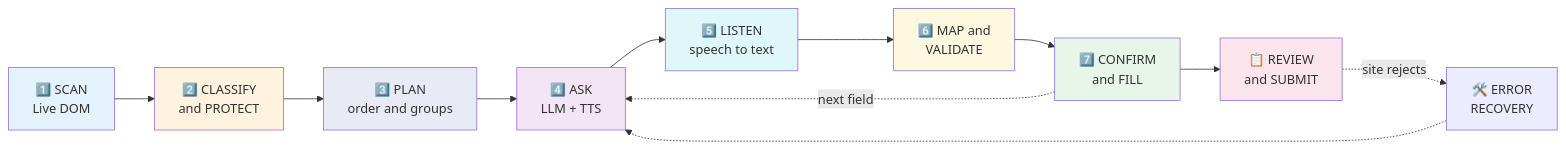
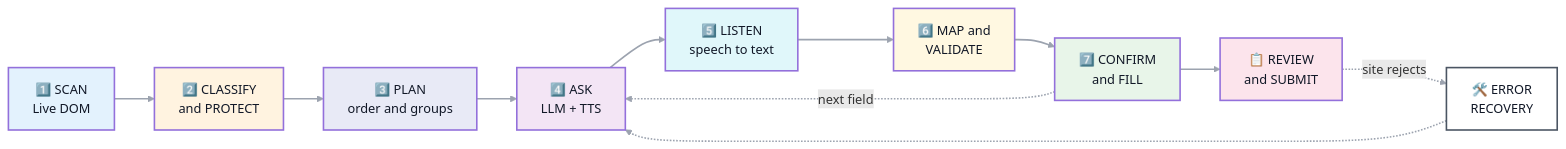
The third of 8 diagrams in README.md (vrajardeshana19-bit/FormSathi), drawn with Mermaid before and after one commit. The commit also changed other lines of this file, not shown here.

````diff
--- a/README.md
+++ b/README.md
@@ -222,22 +252,24 @@
 ```mermaid
 flowchart LR
     S1["1️⃣ SCAN<br/>Live DOM"] --> S2["2️⃣ CLASSIFY<br/>and PROTECT"]
     S2 --> S3["3️⃣ PLAN<br/>order and groups"]
     S3 --> S4["4️⃣ ASK<br/>LLM + TTS"]
     S4 --> S5["5️⃣ LISTEN<br/>speech to text"]
     S5 --> S6["6️⃣ MAP and<br/>VALIDATE"]
     S6 --> S7["7️⃣ CONFIRM<br/>and FILL"]
     S7 -.->|next field| S4
     S7 --> R["📋 REVIEW<br/>and SUBMIT"]
     R -.->|site rejects| E["🛠️ ERROR<br/>RECOVERY"]
     E -.-> S4
 
-    style S1 fill:#e3f2fd
-    style S2 fill:#fff3e0
-    style S3 fill:#e8eaf6
-    style S4 fill:#f3e5f5
-    style S5 fill:#e0f7fa
-    style S6 fill:#fff8e1
-    style S7 fill:#e8f5e9
-    style R fill:#fce4ec
+    style S1 fill:#e3f2fd,color:#111827,stroke-width:2px
+    style S2 fill:#fff3e0,color:#111827,stroke-width:2px
+    style S3 fill:#e8eaf6,color:#111827,stroke-width:2px
+    style S4 fill:#f3e5f5,color:#111827,stroke-width:2px
+    style S5 fill:#e0f7fa,color:#111827,stroke-width:2px
+    style S6 fill:#fff8e1,color:#111827,stroke-width:2px
+    style S7 fill:#e8f5e9,color:#111827,stroke-width:2px
+    style R fill:#fce4ec,color:#111827,stroke-width:2px
+    style E fill:#ffffff,stroke:#4b5563,color:#111827,stroke-width:2px
+    linkStyle default stroke:#9ca3af,stroke-width:2px
 ```
````
